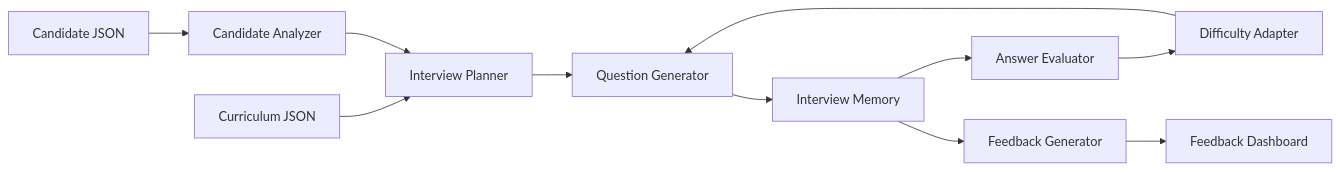
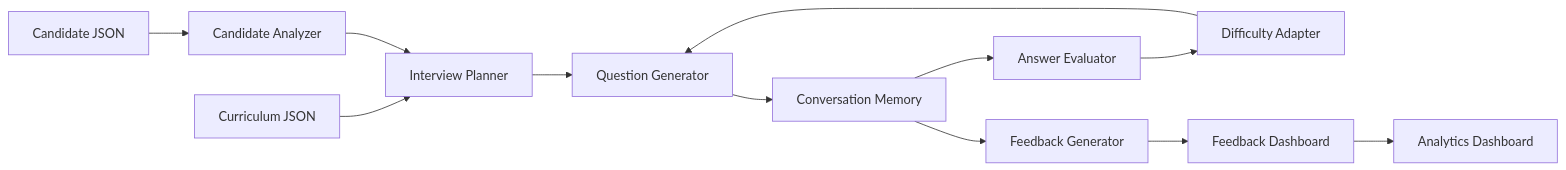
One commit to cyrilchris-j/InterviewPilot-AI changed the diagram in README.md. Above: the diagram before and after it, drawn with Mermaid. The commit also changed other lines of this file and 25 other files, not shown here.

````diff
--- a/README.md
+++ b/README.md
@@ -303,13 +20,14 @@
 ```mermaid
 flowchart LR
   A[Candidate JSON] --> B[Candidate Analyzer]
   C[Curriculum JSON] --> D[Interview Planner]
   B --> D
   D --> E[Question Generator]
-  E --> F[Interview Memory]
+  E --> F[Conversation Memory]
   F --> G[Answer Evaluator]
   G --> H[Difficulty Adapter]
   H --> E
   F --> I[Feedback Generator]
   I --> J[Feedback Dashboard]
+  J --> K[Analytics Dashboard]
 ```
````
